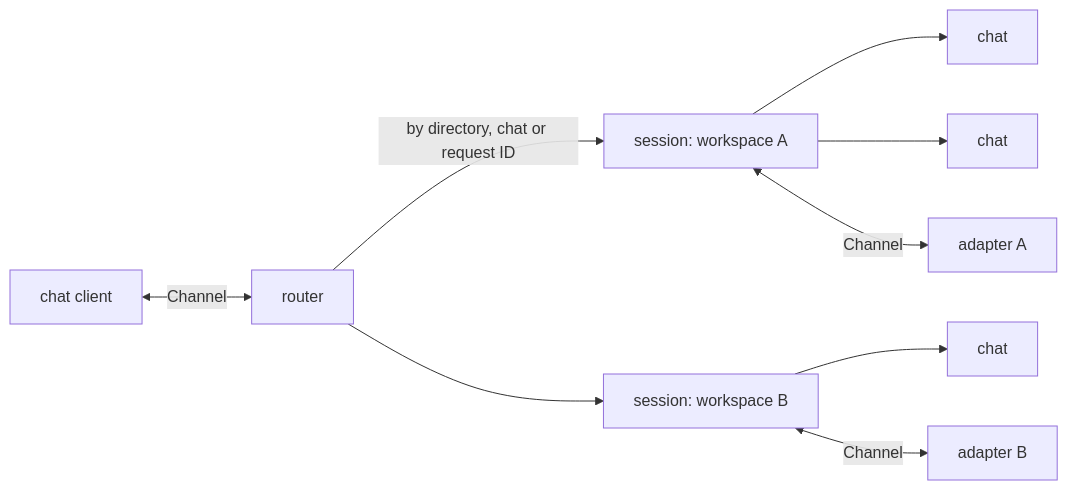
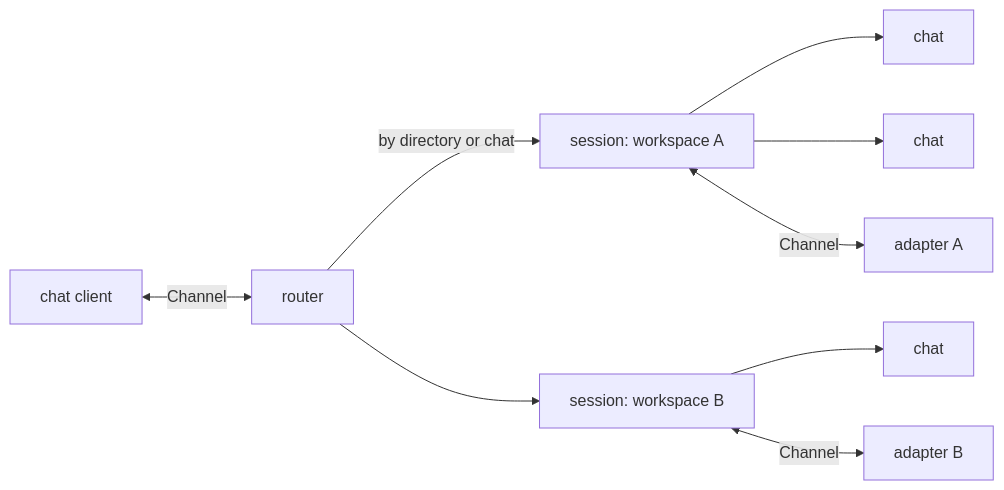
One commit to zerlok/hermod changed the tenth of 15 diagrams in docs/ARCHITECTURE.md. Above: the diagram before and after it, drawn with Mermaid. The commit also changed other lines of this file and 7 other files, not shown here.

````diff
--- a/docs/ARCHITECTURE.md
+++ b/docs/ARCHITECTURE.md
@@ -873,11 +909,11 @@
 ```mermaid
 flowchart LR
     client["chat client"] <-->|Channel| router
-    router -->|by directory, chat or request ID| s1["session: workspace A"]
+    router -->|by directory or chat| s1["session: workspace A"]
     router --> s2["session: workspace B"]
     s1 --> c1["chat"]
     s1 --> c2["chat"]
     s2 --> c3["chat"]
     s1 <-->|Channel| a1["adapter A"]
     s2 <-->|Channel| a2["adapter B"]
 ```
````
